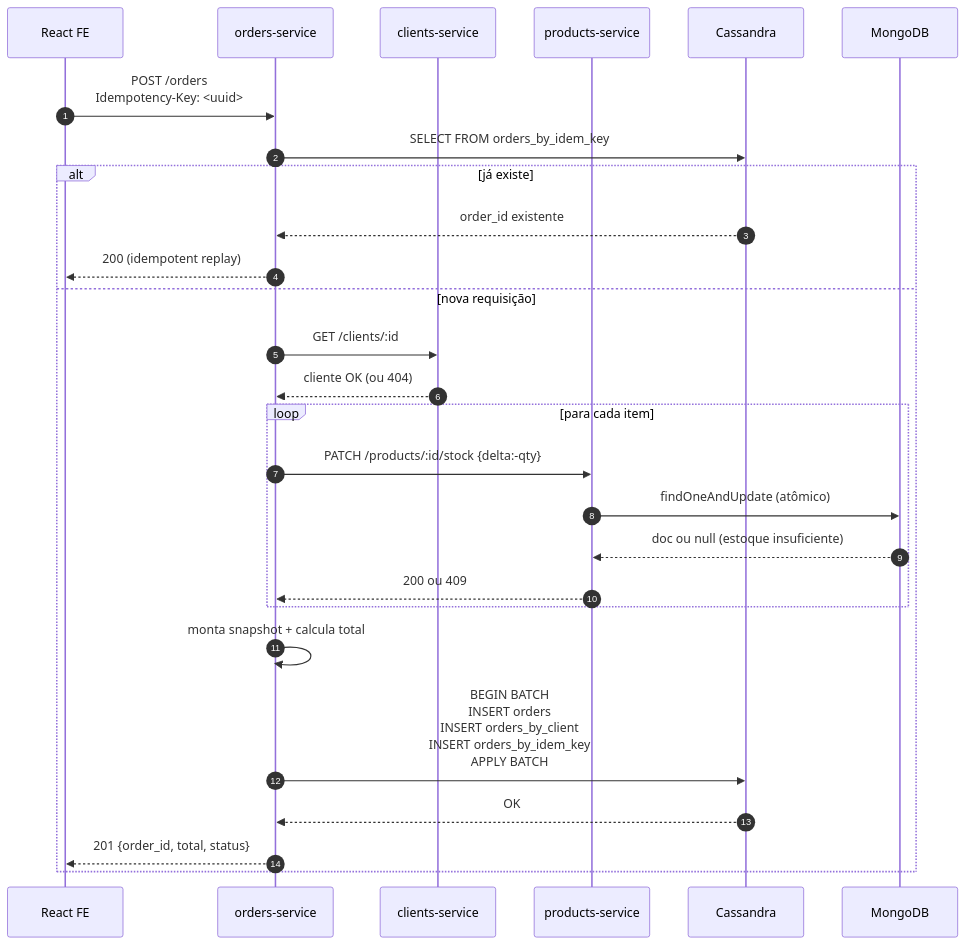
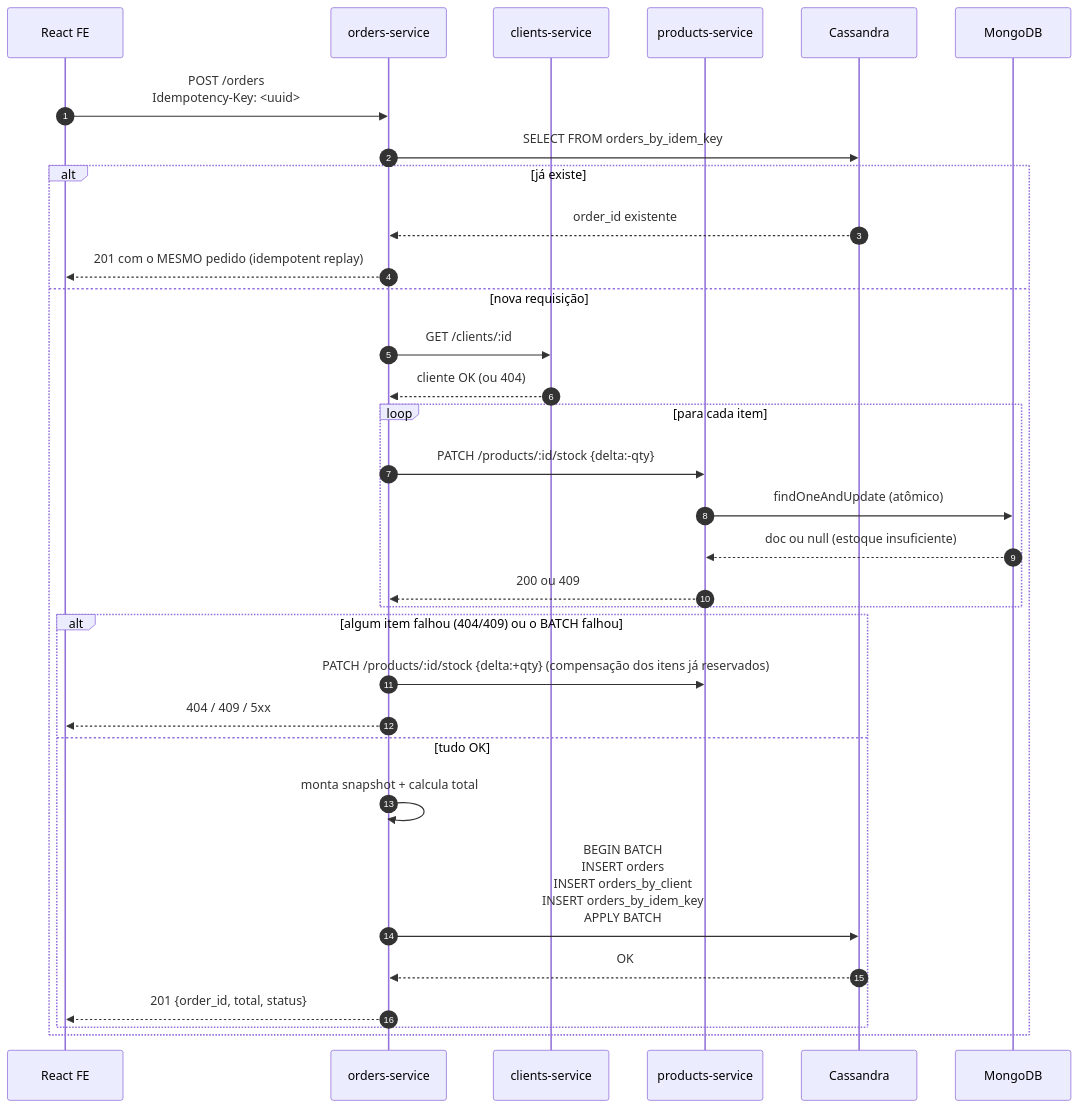
The second of 2 diagrams in README.md (daviz1nn/marketplace-polyglot), drawn with Mermaid before and after one commit. The commit also changed other lines of this file and 22 other files, not shown here.

First line of the commit message:
feat: CRUD completo de pedidos, saga com compensação e correções de execução

````diff
--- a/README.md
+++ b/README.md
@@ -205,30 +216,35 @@
 ```mermaid
 sequenceDiagram
     autonumber
     participant FE as React FE
     participant OS as orders-service
     participant CS as clients-service
     participant PS as products-service
     participant CA as Cassandra
     participant MO as MongoDB
 
     FE->>OS: POST /orders<br/>Idempotency-Key: <uuid>
     OS->>CA: SELECT FROM orders_by_idem_key
     alt já existe
         CA-->>OS: order_id existente
-        OS-->>FE: 200 (idempotent replay)
+        OS-->>FE: 201 com o MESMO pedido (idempotent replay)
     else nova requisição
         OS->>CS: GET /clients/:id
         CS-->>OS: cliente OK (ou 404)
         loop para cada item
             OS->>PS: PATCH /products/:id/stock {delta:-qty}
             PS->>MO: findOneAndUpdate (atômico)
             MO-->>PS: doc ou null (estoque insuficiente)
             PS-->>OS: 200 ou 409
         end
-        OS->>OS: monta snapshot + calcula total
-        OS->>CA: BEGIN BATCH<br/>INSERT orders<br/>INSERT orders_by_client<br/>INSERT orders_by_idem_key<br/>APPLY BATCH
-        CA-->>OS: OK
-        OS-->>FE: 201 {order_id, total, status}
+        alt algum item falhou (404/409) ou o BATCH falhou
+            OS->>PS: PATCH /products/:id/stock {delta:+qty} (compensação dos itens já reservados)
+            OS-->>FE: 404 / 409 / 5xx
+        else tudo OK
+            OS->>OS: monta snapshot + calcula total
+            OS->>CA: BEGIN BATCH<br/>INSERT orders<br/>INSERT orders_by_client<br/>INSERT orders_by_idem_key<br/>APPLY BATCH
+            CA-->>OS: OK
+            OS-->>FE: 201 {order_id, total, status}
+        end
     end
 ```
````
